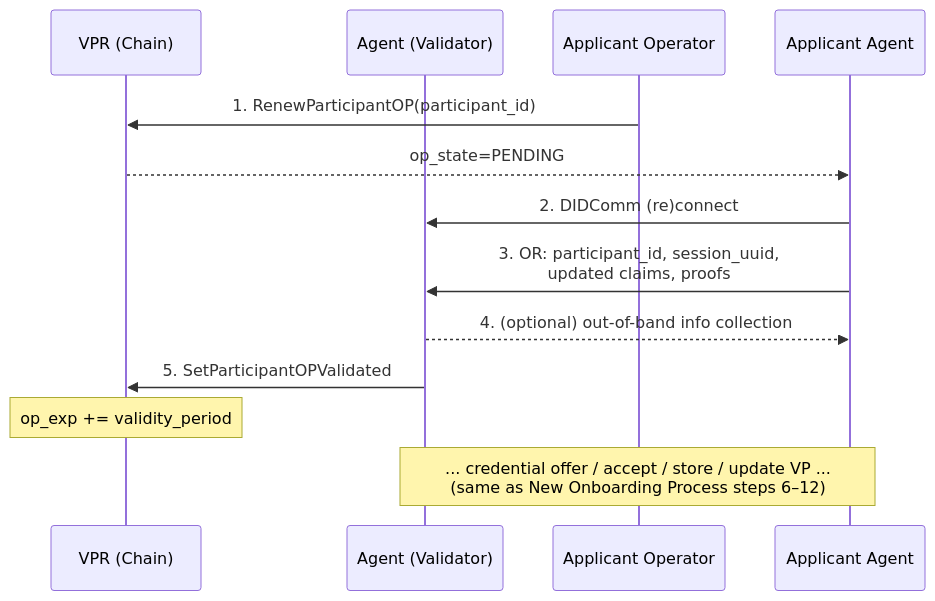
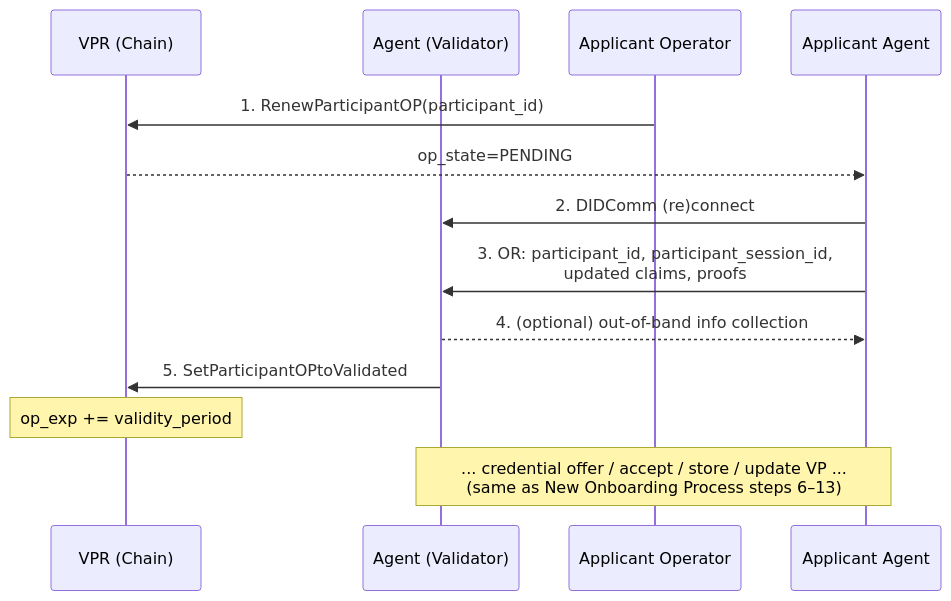
The fifth of 9 diagrams in v4/vs-agent/spec.md (verana-labs/verana-spec), drawn with Mermaid before and after one commit. The commit also changed other lines of this file and 6 other files, not shown here.

````diff
--- a/v4/vs-agent/spec.md
+++ b/v4/vs-agent/spec.md
@@ -470,15 +468,15 @@
 ```mermaid
 sequenceDiagram
     participant VPR as VPR (Chain)
     participant Validator as Agent (Validator)
 
     Applicant Operator->>VPR: 1. RenewParticipantOP(participant_id)
     VPR-->>Applicant Agent: op_state=PENDING
     Applicant Agent->>Validator: 2. DIDComm (re)connect
-    Applicant Agent->>Validator: 3. OR: participant_id, session_uuid,<br/>updated claims, proofs
+    Applicant Agent->>Validator: 3. OR: participant_id, participant_session_id,<br/>updated claims, proofs
     Validator-->>Applicant Agent: 4. (optional) out-of-band info collection
-    Validator->>VPR: 5. SetParticipantOPValidated
+    Validator->>VPR: 5. SetParticipantOPtoValidated
     Note over VPR: op_exp += validity_period
 
-    Note over Applicant Agent,Validator: ... credential offer / accept / store / update VP ...<br/>(same as New Onboarding Process steps 6–12)
+    Note over Applicant Agent,Validator: ... credential offer / accept / store / update VP ...<br/>(same as New Onboarding Process steps 6–13)
 ```
````
